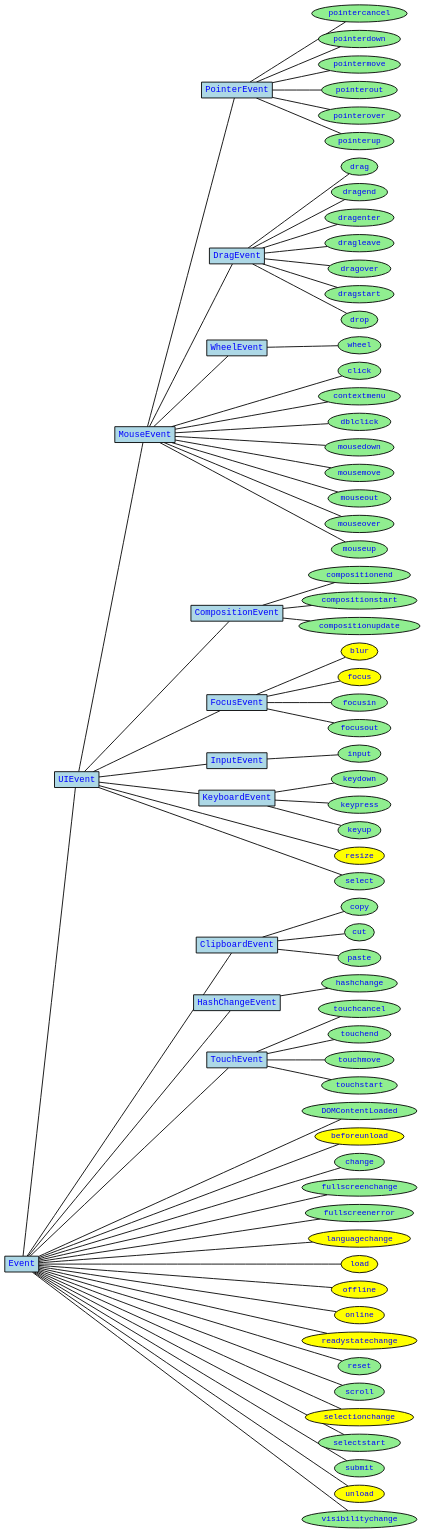
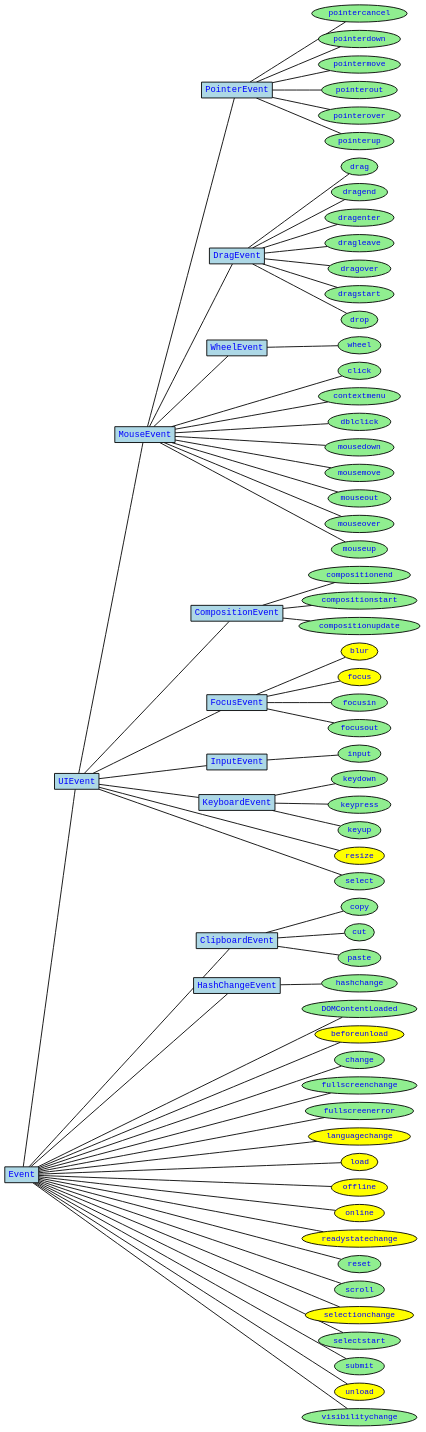
The diagram in notes/event-hierarchy.dot (plaidfinch/myxine), drawn with Graphviz before and after one commit. The commit also changed 1 other file, not shown here.

Commit message:
Remove touch events from curated hierarchy

```diff
--- a/notes/event-hierarchy.dot
+++ b/notes/event-hierarchy.dot
@@ -1,176 +1,165 @@
 digraph {
   rankdir="LR";
   splines=false;
   node [shape=box, fontname="Courier", fontsize="18pt", overlap=false, penwidth=2];
   edge [arrowhead=none, overlap=false, concentrate=true, penwidth=2];
   outputorder="edgesfirst";
 
   {
     node [fillcolor="lightblue", fontcolor="blue", style="filled", fontsize="20pt"];
     MouseEvent [href="https://developer.mozilla.org/en-US/docs/Web/API/MouseEvent"];
     PointerEvent [href="https://developer.mozilla.org/en-US/docs/Web/API/PointerEvent"];
     DragEvent [href="https://developer.mozilla.org/en-US/docs/Web/API/DragEvent"];
     WheelEvent [href="https://developer.mozilla.org/en-US/docs/Web/API/WheelEvent"];
     UIEvent [href="https://developer.mozilla.org/en-US/docs/Web/API/UIEvent"];
     ClipboardEvent [href="https://developer.mozilla.org/en-US/docs/Web/API/ClipboardEvent"];
     CompositionEvent [href="https://developer.mozilla.org/en-US/docs/Web/API/CompositionEvent"];
     Event [href="https://developer.mozilla.org/en-US/docs/Web/API/Event"];
     FocusEvent [href="https://developer.mozilla.org/en-US/docs/Web/API/FocusEvent"];
     HashChangeEvent [href="https://developer.mozilla.org/en-US/docs/Web/API/HashChangeEvent"];
     InputEvent [href="https://developer.mozilla.org/en-US/docs/Web/API/InputEvent"];
     KeyboardEvent [href="https://developer.mozilla.org/en-US/docs/Web/API/KeyboardEvent"];
-    TouchEvent [href="https://developer.mozilla.org/en-US/docs/Web/API/TouchEvent"];
   }
 
   {
     rank=same
     InputEvent
     KeyboardEvent
     FocusEvent
     CompositionEvent
     PointerEvent
     DragEvent
-    TouchEvent
     HashChangeEvent
     ClipboardEvent
   }
 
   {
     rank=same
     node [shape=ellipse, fontcolor="blue", style="filled"];
     DOMContentLoaded [fillcolor="lightgreen", href="https://developer.mozilla.org/en-US/docs/Web/Events/DOMContentLoaded"];
     beforeunload [fillcolor="yellow", href="https://developer.mozilla.org/en-US/docs/Web/Events/beforeunload"];
     blur [fillcolor="yellow", href="https://developer.mozilla.org/en-US/docs/Web/Events/blur"];
     change [fillcolor="lightgreen", href="https://developer.mozilla.org/en-US/docs/Web/Events/change"];
     click [fillcolor="lightgreen", href="https://developer.mozilla.org/en-US/docs/Web/Events/click"];
     compositionend [fillcolor="lightgreen", href="https://developer.mozilla.org/en-US/docs/Web/Events/compositionend"];
     compositionstart [fillcolor="lightgreen", href="https://developer.mozilla.org/en-US/docs/Web/Events/compositionstart"];
     compositionupdate [fillcolor="lightgreen", href="https://developer.mozilla.org/en-US/docs/Web/Events/compositionupdate"];
     contextmenu [fillcolor="lightgreen", href="https://developer.mozilla.org/en-US/docs/Web/Events/contextmenu"];
     copy [fillcolor="lightgreen", href="https://developer.mozilla.org/en-US/docs/Web/Events/copy"];
     cut [fillcolor="lightgreen", href="https://developer.mozilla.org/en-US/docs/Web/Events/cut"];
     dblclick [fillcolor="lightgreen", href="https://developer.mozilla.org/en-US/docs/Web/Events/dblclick"];
     drag [fillcolor="lightgreen", href="https://developer.mozilla.org/en-US/docs/Web/Events/drag"];
     dragend [fillcolor="lightgreen", href="https://developer.mozilla.org/en-US/docs/Web/Events/dragend"];
     dragenter [fillcolor="lightgreen", href="https://developer.mozilla.org/en-US/docs/Web/Events/dragenter"];
     dragleave [fillcolor="lightgreen", href="https://developer.mozilla.org/en-US/docs/Web/Events/dragleave"];
     dragover [fillcolor="lightgreen", href="https://developer.mozilla.org/en-US/docs/Web/Events/dragover"];
     dragstart [fillcolor="lightgreen", href="https://developer.mozilla.org/en-US/docs/Web/Events/dragstart"];
     drop [fillcolor="lightgreen", href="https://developer.mozilla.org/en-US/docs/Web/Events/drop"];
     focus [fillcolor="yellow", href="https://developer.mozilla.org/en-US/docs/Web/Events/focus"];
     focusin [fillcolor="lightgreen", href="https://developer.mozilla.org/en-US/docs/Web/Events/focusin"];
     focusout [fillcolor="lightgreen", href="https://developer.mozilla.org/en-US/docs/Web/Events/focusout"];
     fullscreenchange [fillcolor="lightgreen", href="https://developer.mozilla.org/en-US/docs/Web/Events/fullscreenchange"];
     fullscreenerror [fillcolor="lightgreen", href="https://developer.mozilla.org/en-US/docs/Web/Events/fullscreenerror"];
     hashchange [fillcolor="lightgreen", href="https://developer.mozilla.org/en-US/docs/Web/Events/hashchange"];
     input [fillcolor="lightgreen", href="https://developer.mozilla.org/en-US/docs/Web/Events/input"];
     keydown [fillcolor="lightgreen", href="https://developer.mozilla.org/en-US/docs/Web/Events/keydown"];
     keypress [fillcolor="lightgreen", href="https://developer.mozilla.org/en-US/docs/Web/Events/keypress"];
     keyup [fillcolor="lightgreen", href="https://developer.mozilla.org/en-US/docs/Web/Events/keyup"];
     languagechange [fillcolor="yellow", href="https://developer.mozilla.org/en-US/docs/Web/Events/languagechange"];
     load [fillcolor="yellow", href="https://developer.mozilla.org/en-US/docs/Web/Events/load"];
     mousedown [fillcolor="lightgreen", href="https://developer.mozilla.org/en-US/docs/Web/Events/mousedown"];
     mousemove [fillcolor="lightgreen", href="https://developer.mozilla.org/en-US/docs/Web/Events/mousemove"];
     mouseout [fillcolor="lightgreen", href="https://developer.mozilla.org/en-US/docs/Web/Events/mouseout"];
     mouseover [fillcolor="lightgreen", href="https://developer.mozilla.org/en-US/docs/Web/Events/mouseover"];
     mouseup [fillcolor="lightgreen", href="https://developer.mozilla.org/en-US/docs/Web/Events/mouseup"];
     offline [fillcolor="yellow", href="https://developer.mozilla.org/en-US/docs/Web/Events/offline"];
     online [fillcolor="yellow", href="https://developer.mozilla.org/en-US/docs/Web/Events/online"];
     paste [fillcolor="lightgreen", href="https://developer.mozilla.org/en-US/docs/Web/Events/paste"];
     pointercancel [fillcolor="lightgreen", href="https://developer.mozilla.org/en-US/docs/Web/Events/pointercancel"];
     pointerdown [fillcolor="lightgreen", href="https://developer.mozilla.org/en-US/docs/Web/Events/pointerdown"];
     pointermove [fillcolor="lightgreen", href="https://developer.mozilla.org/en-US/docs/Web/Events/pointermove"];
     pointerout [fillcolor="lightgreen", href="https://developer.mozilla.org/en-US/docs/Web/Events/pointerout"];
     pointerover [fillcolor="lightgreen", href="https://developer.mozilla.org/en-US/docs/Web/Events/pointerover"];
     pointerup [fillcolor="lightgreen", href="https://developer.mozilla.org/en-US/docs/Web/Events/pointerup"];
     readystatechange [fillcolor="yellow", href="https://developer.mozilla.org/en-US/docs/Web/Events/readystatechange"];
     reset [fillcolor="lightgreen", href="https://developer.mozilla.org/en-US/docs/Web/Events/reset"];
     resize [fillcolor="yellow", href="https://developer.mozilla.org/en-US/docs/Web/Events/resize"];
     scroll [fillcolor="lightgreen", href="https://developer.mozilla.org/en-US/docs/Web/Events/scroll"];
     select [fillcolor="lightgreen", href="https://developer.mozilla.org/en-US/docs/Web/Events/select"];
     selectionchange [fillcolor="yellow", href="https://developer.mozilla.org/en-US/docs/Web/Events/selectionchange"];
     selectstart [fillcolor="lightgreen", href="https://developer.mozilla.org/en-US/docs/Web/Events/selectstart"];
     submit [fillcolor="lightgreen", href="https://developer.mozilla.org/en-US/docs/Web/Events/submit"];
-    touchcancel [fillcolor="lightgreen", href="https://developer.mozilla.org/en-US/docs/Web/Events/touchcancel"];
-    touchend [fillcolor="lightgreen", href="https://developer.mozilla.org/en-US/docs/Web/Events/touchend"];
-    touchmove [fillcolor="lightgreen", href="https://developer.mozilla.org/en-US/docs/Web/Events/touchmove"];
-    touchstart [fillcolor="lightgreen", href="https://developer.mozilla.org/en-US/docs/Web/Events/touchstart"];
     unload [fillcolor="yellow", href="https://developer.mozilla.org/en-US/docs/Web/Events/unload"];
     visibilitychange [fillcolor="lightgreen", href="https://developer.mozilla.org/en-US/docs/Web/Events/visibilitychange"];
     wheel [fillcolor="lightgreen", href="https://developer.mozilla.org/en-US/docs/Web/Events/wheel"];
   }
 
   MouseEvent -> DragEvent;
   MouseEvent -> PointerEvent;
   MouseEvent -> WheelEvent;
   UIEvent -> CompositionEvent;
   UIEvent -> FocusEvent;
   UIEvent -> InputEvent;
   UIEvent -> KeyboardEvent;
   UIEvent -> MouseEvent;
   Event -> UIEvent;
   Event -> ClipboardEvent;
   Event -> HashChangeEvent;
-  Event -> TouchEvent;
   Event -> DOMContentLoaded;
   ClipboardEvent -> copy
   ClipboardEvent -> cut
   ClipboardEvent -> paste
   CompositionEvent -> compositionend
   CompositionEvent -> compositionstart
   CompositionEvent -> compositionupdate
   DragEvent -> drag
   DragEvent -> dragend
   DragEvent -> dragenter
   DragEvent -> dragleave
   DragEvent -> dragover
   DragEvent -> dragstart
   DragEvent -> drop
   Event -> beforeunload
   Event -> change
   Event -> fullscreenchange
   Event -> fullscreenerror
   Event -> languagechange
   Event -> load
   Event -> offline
   Event -> online
   Event -> readystatechange
   Event -> reset
   Event -> scroll
   Event -> selectionchange
   Event -> selectstart
   Event -> submit
   Event -> unload
   Event -> visibilitychange
   FocusEvent -> blur
   FocusEvent -> focus
   FocusEvent -> focusin
   FocusEvent -> focusout
   HashChangeEvent -> hashchange
   InputEvent -> input
   KeyboardEvent -> keydown
   KeyboardEvent -> keypress
   KeyboardEvent -> keyup
   MouseEvent -> click
   MouseEvent -> contextmenu
   MouseEvent -> dblclick
   MouseEvent -> mousedown
   MouseEvent -> mousemove
   MouseEvent -> mouseout
   MouseEvent -> mouseover
   MouseEvent -> mouseup
   PointerEvent -> pointercancel
   PointerEvent -> pointerdown
   PointerEvent -> pointermove
   PointerEvent -> pointerout
   PointerEvent -> pointerover
   PointerEvent -> pointerup
-  TouchEvent -> touchcancel
-  TouchEvent -> touchend
-  TouchEvent -> touchmove
-  TouchEvent -> touchstart
   UIEvent -> resize
   UIEvent -> select
   WheelEvent -> wheel
 
 }
```
